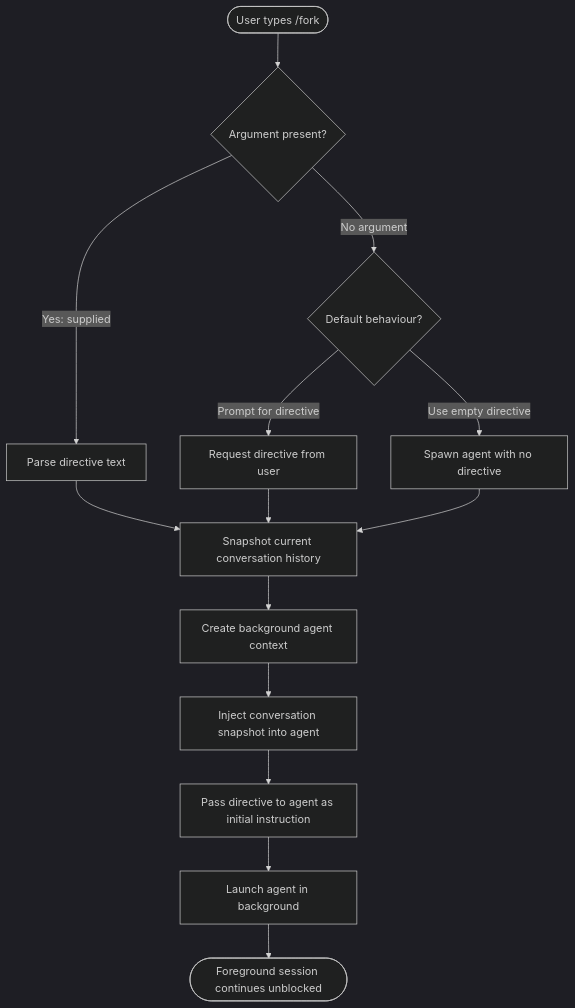
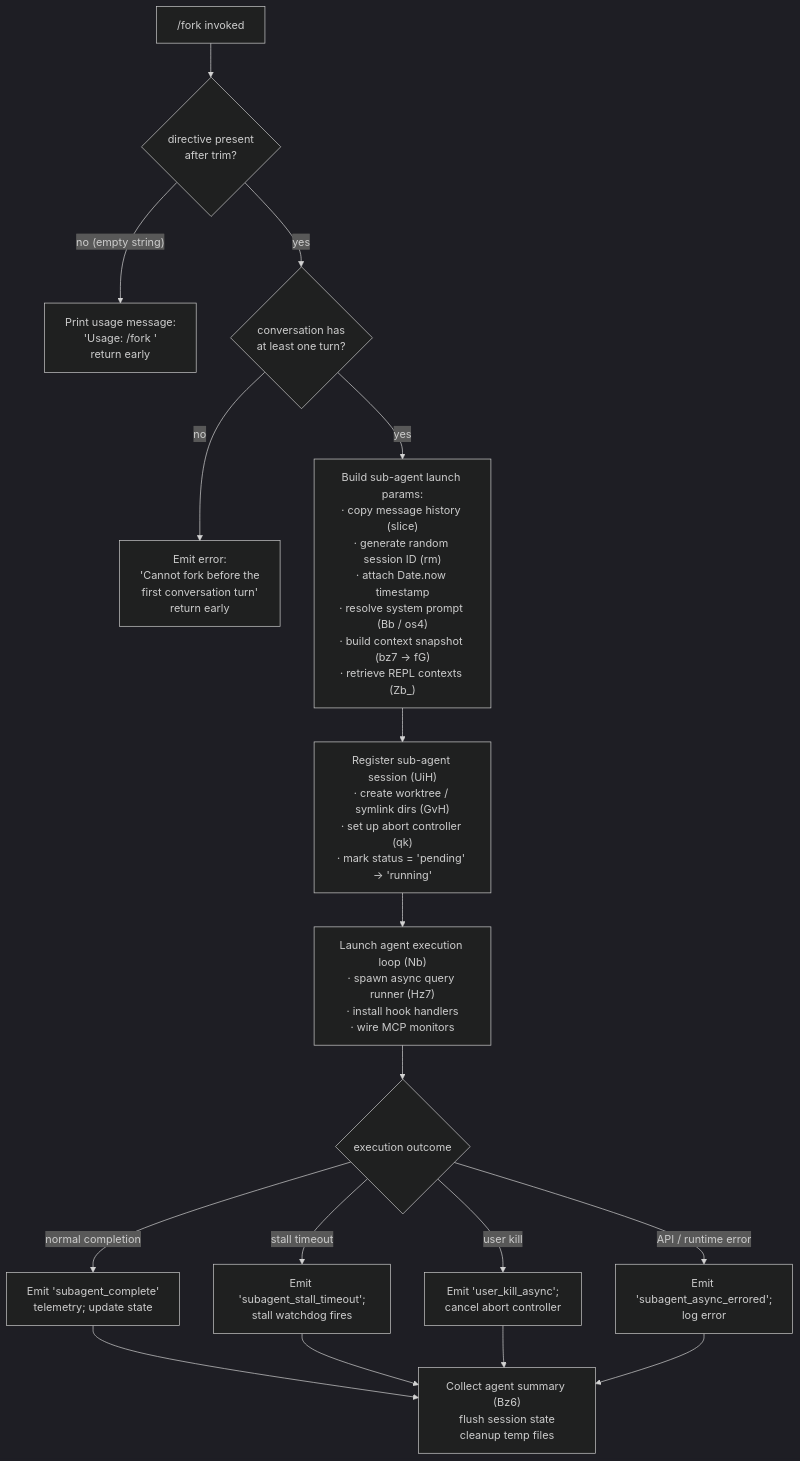
Before and after one commit to MyLittleLuckyDog/cc-gnothi: the diagram in versions/v2.1.144/fork.md, drawn with Mermaid (dark theme). The commit also changed other lines of this file and 483 other files, not shown here.

````diff
--- a/versions/v2.1.144/fork.md
+++ b/versions/v2.1.144/fork.md
@@ -46,16 +55,19 @@
 ```mermaid
 flowchart TD
-    A([User types /fork]) --> B{Argument present?}
-    B -- "Yes: <directive> supplied" --> C[Parse directive text]
-    B -- "No argument" --> D{Default behaviour?}
-    D -- "Prompt for directive" --> E[Request directive from user]
-    D -- "Use empty directive" --> F[Spawn agent with no directive]
-    C --> G[Snapshot current conversation history]
-    E --> G
-    F --> G
-    G --> H[Create background agent context]
-    H --> I[Inject conversation snapshot into agent]
-    I --> J[Pass directive to agent as initial instruction]
-    J --> K[Launch agent in background]
-    K --> L([Foreground session continues unblocked])
+    A["/fork <directive> invoked"] --> B{directive present\nafter trim?}
+    B -- "no (empty string)" --> C["Print usage message:\n'Usage: /fork <directive>'\nreturn early"]
+    B -- "yes" --> D{conversation has\nat least one turn?}
+    D -- "no" --> E["Emit error:\n'Cannot fork before the\nfirst conversation turn'\nreturn early"]
+    D -- "yes" --> F["Build sub-agent launch params:\n· copy message history (slice)\n· generate random session ID (rm)\n· attach Date.now timestamp\n· resolve system prompt (Bb / os4)\n· build context snapshot (bz7 → fG)\n· retrieve REPL contexts (Zb_)"]
+    F --> G["Register sub-agent session (UiH)\n· create worktree / symlink dirs (GvH)\n· set up abort controller (qk)\n· mark status = 'pending' → 'running'"]
+    G --> H["Launch agent execution loop (Nb)\n· spawn async query runner (Hz7)\n· install hook handlers\n· wire MCP monitors"]
+    H --> I{execution outcome}
+    I -- "normal completion" --> J["Emit 'subagent_complete'\ntelemetry; update state"]
+    I -- "stall timeout" --> K["Emit 'subagent_stall_timeout';\nstall watchdog fires"]
+    I -- "user kill" --> L["Emit 'user_kill_async';\ncancel abort controller"]
+    I -- "API / runtime error" --> M["Emit 'subagent_async_errored';\nlog error"]
+    J --> N["Collect agent summary (Bz6)\nflush session state\ncleanup temp files"]
+    K --> N
+    L --> N
+    M --> N
 ```
````
